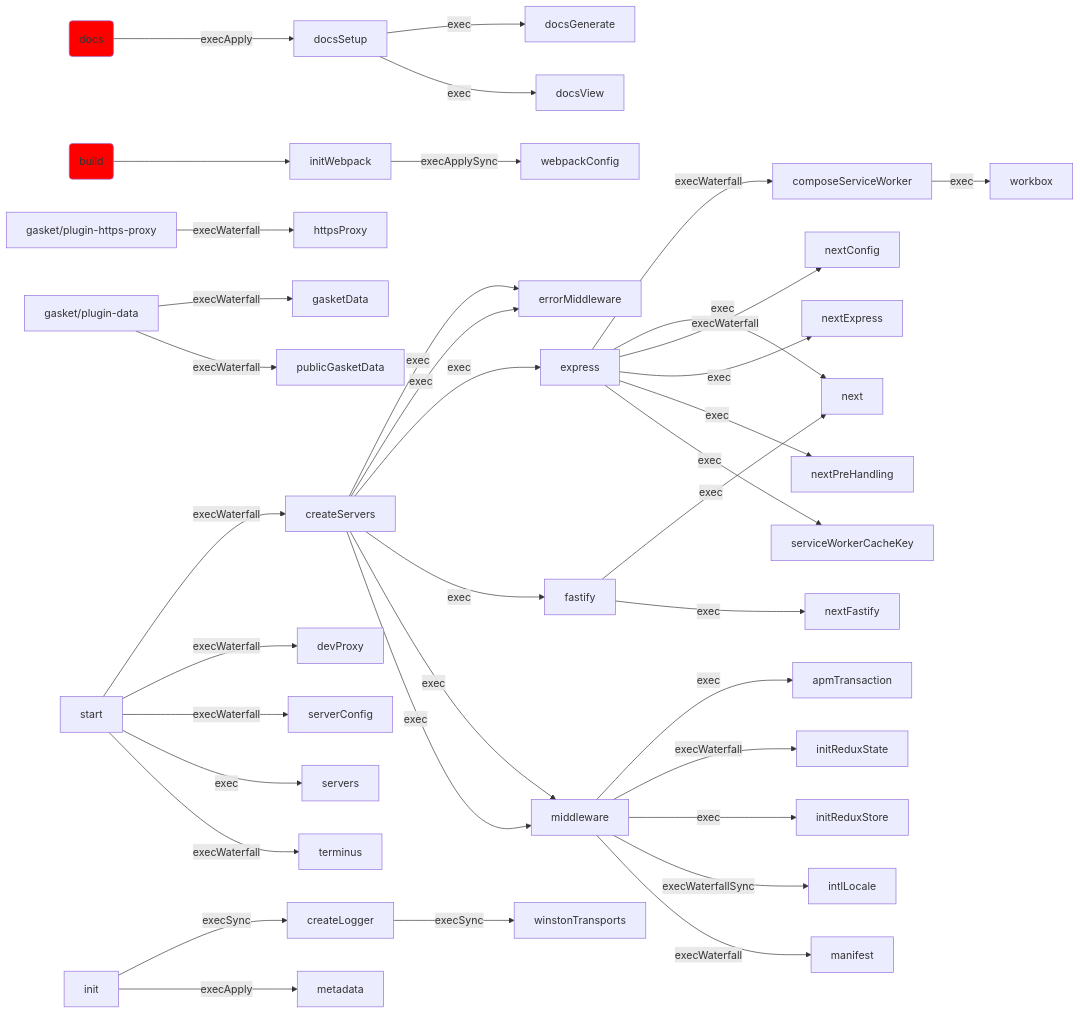
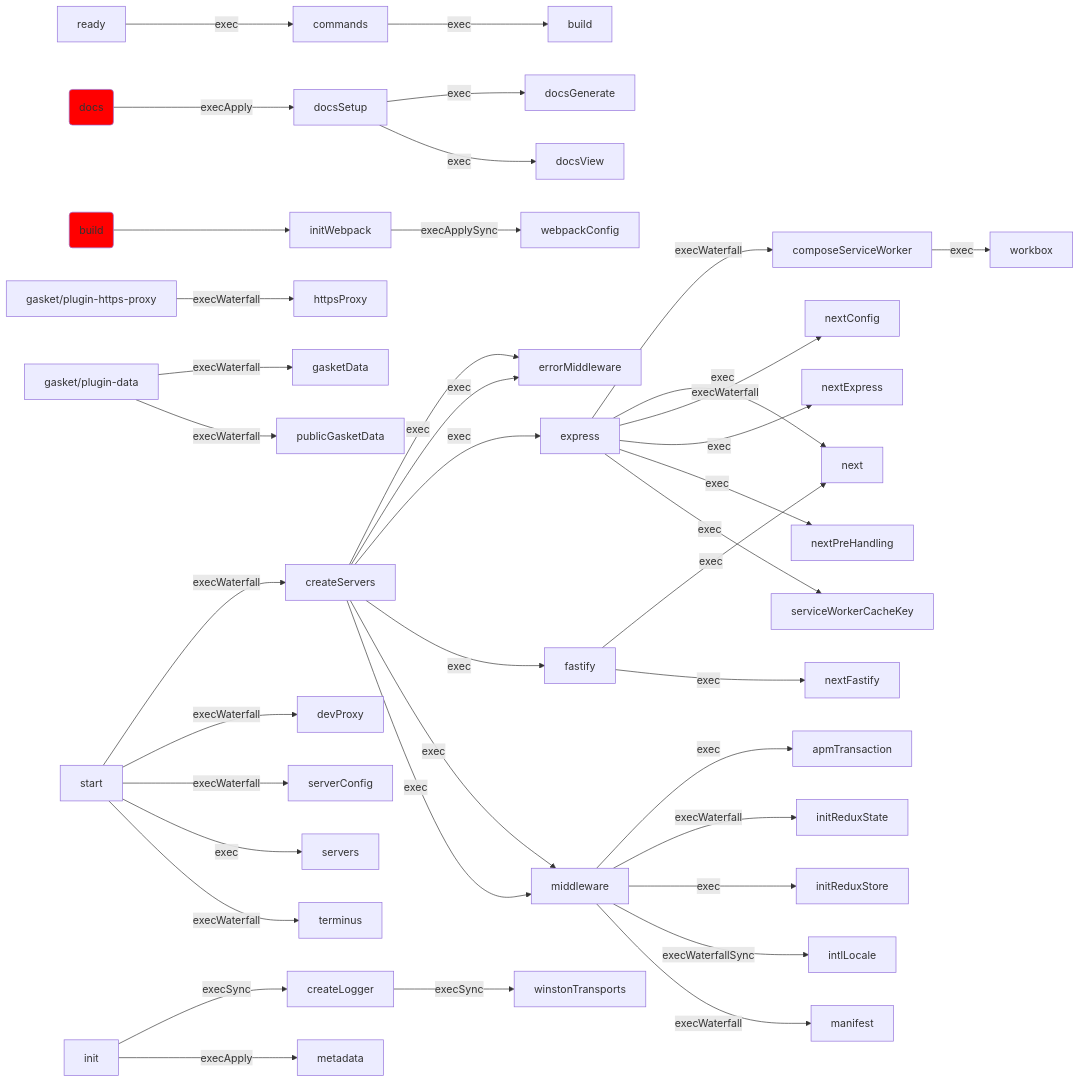
One commit to godaddy/gasket changed the diagram in docs/generated-docs/lifecycle-graphs.md. Above: the diagram before and after it, drawn with Mermaid. The commit also changed 55 other files, not shown here.

````diff
--- a/docs/generated-docs/lifecycle-graphs.md
+++ b/docs/generated-docs/lifecycle-graphs.md
@@ -1,41 +1,43 @@
 ```mermaid
 graph LR;
 middleware -- exec --> apmTransaction;
+commands -- exec --> build;
+ready -- exec --> commands;
 express -- execWaterfall --> composeServiceWorker;
 init -- execSync --> createLogger;
 start -- execWaterfall --> createServers;
 start -- execWaterfall --> devProxy;
 docsSetup -- exec --> docsGenerate;
 docs-cmd(docs) -- execApply --> docsSetup;
 docsSetup -- exec --> docsView;
 createServers -- exec --> errorMiddleware;
 createServers -- exec --> errorMiddleware;
 createServers -- exec --> express;
 createServers -- exec --> fastify;
 gasket/plugin-data -- execWaterfall --> gasketData;
 gasket/plugin-https-proxy -- execWaterfall --> httpsProxy;
 middleware -- execWaterfall --> initReduxState;
 middleware -- exec --> initReduxStore;
 build-cmd(build) --> initWebpack;
 middleware -- execWaterfallSync --> intlLocale;
 middleware -- execWaterfall --> manifest;
 init -- execApply --> metadata;
 createServers -- exec --> middleware;
 createServers -- exec --> middleware;
 express -- exec --> next;
 fastify -- exec --> next;
 express -- execWaterfall --> nextConfig;
 express -- exec --> nextExpress;
 fastify -- exec --> nextFastify;
 express -- exec --> nextPreHandling;
 gasket/plugin-data -- execWaterfall --> publicGasketData;
 start -- execWaterfall --> serverConfig;
 start -- exec --> servers;
 express -- exec --> serviceWorkerCacheKey;
 start -- execWaterfall --> terminus;
 initWebpack -- execApplySync --> webpackConfig;
 createLogger -- execSync --> winstonTransports;
 composeServiceWorker -- exec --> workbox;
 style docs-cmd fill: red;
 style build-cmd fill: red;
 ```
````
